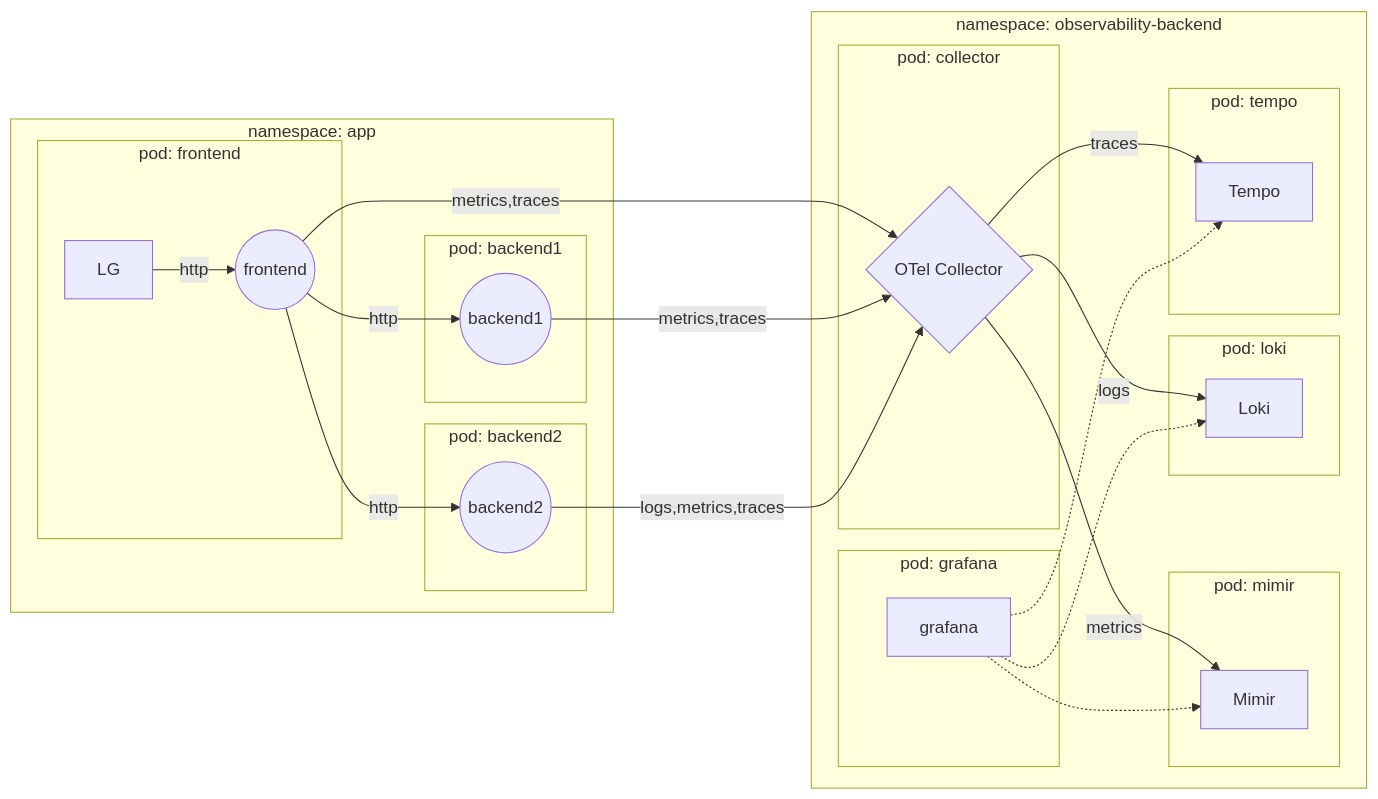
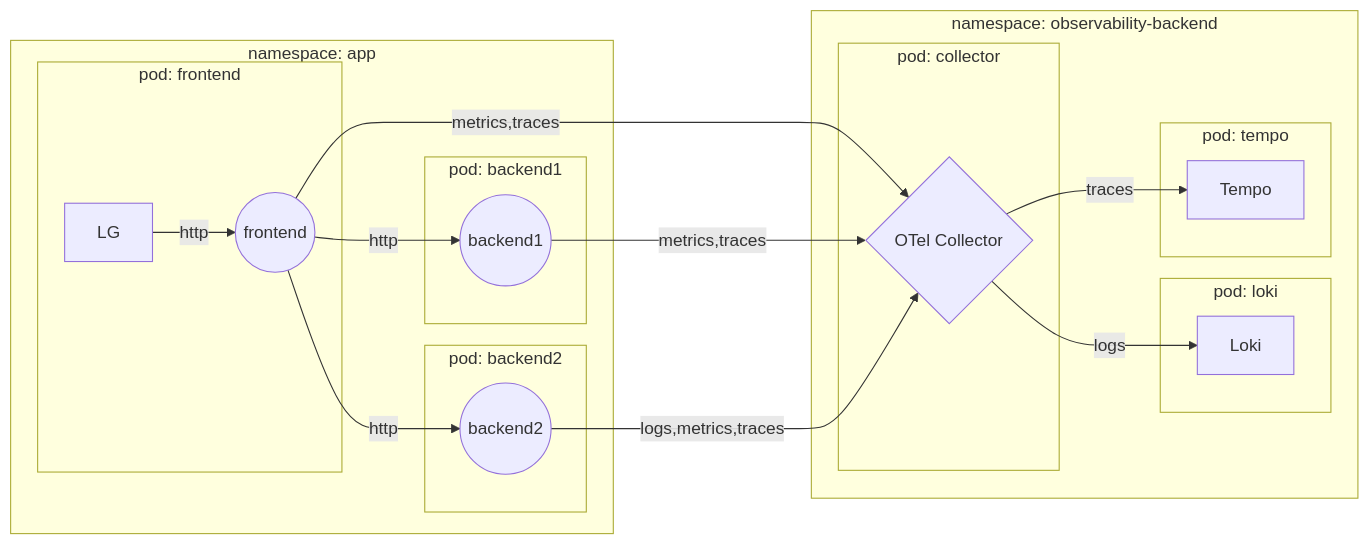
One commit to ramgopireddy/kubecon-eu-2023-opentelemetry-kubernetes-tutorial changed the second of 2 diagrams in 03-app-instrumentation.md. Above: the diagram before and after it, drawn with Mermaid.

````diff
--- a/03-app-instrumentation.md
+++ b/03-app-instrumentation.md
@@ -281,34 +281,26 @@
 ```mermaid
 
 flowchart LR
     subgraph namespace: observability-backend
         subgraph pod: collector
             OC{OTel Collector}
         end
-        subgraph pod: mimir
-            OC --metrics-->Mimir
-        end
         subgraph pod: loki
             OC --logs-->Loki
         end
         subgraph pod: tempo
             OC --traces-->Tempo
-        end
-        subgraph pod: grafana
-            grafana-.->Mimir
-            grafana-.->Loki
-            grafana-.->Tempo
         end
     end
     subgraph namespace: app
         subgraph pod: frontend
             LG --http--> F((frontend)) --metrics,traces--> OC
         end
         subgraph pod: backend1
             F --http--> B1((backend1)) --metrics,traces--> OC
         end
         subgraph pod: backend2
             F --http--> B2((backend2)) --logs,metrics,traces--> OC
         end
     end
 ```
````
